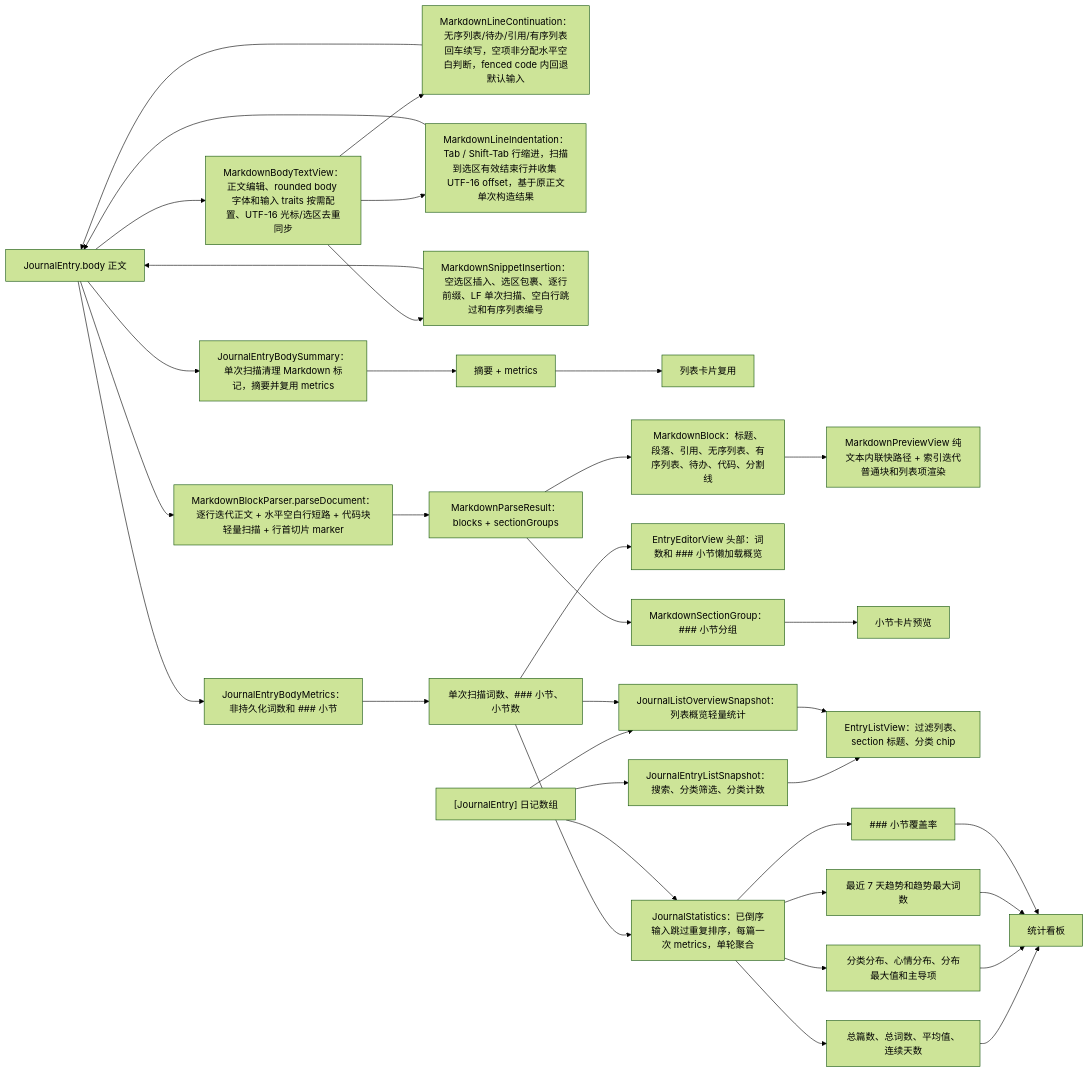
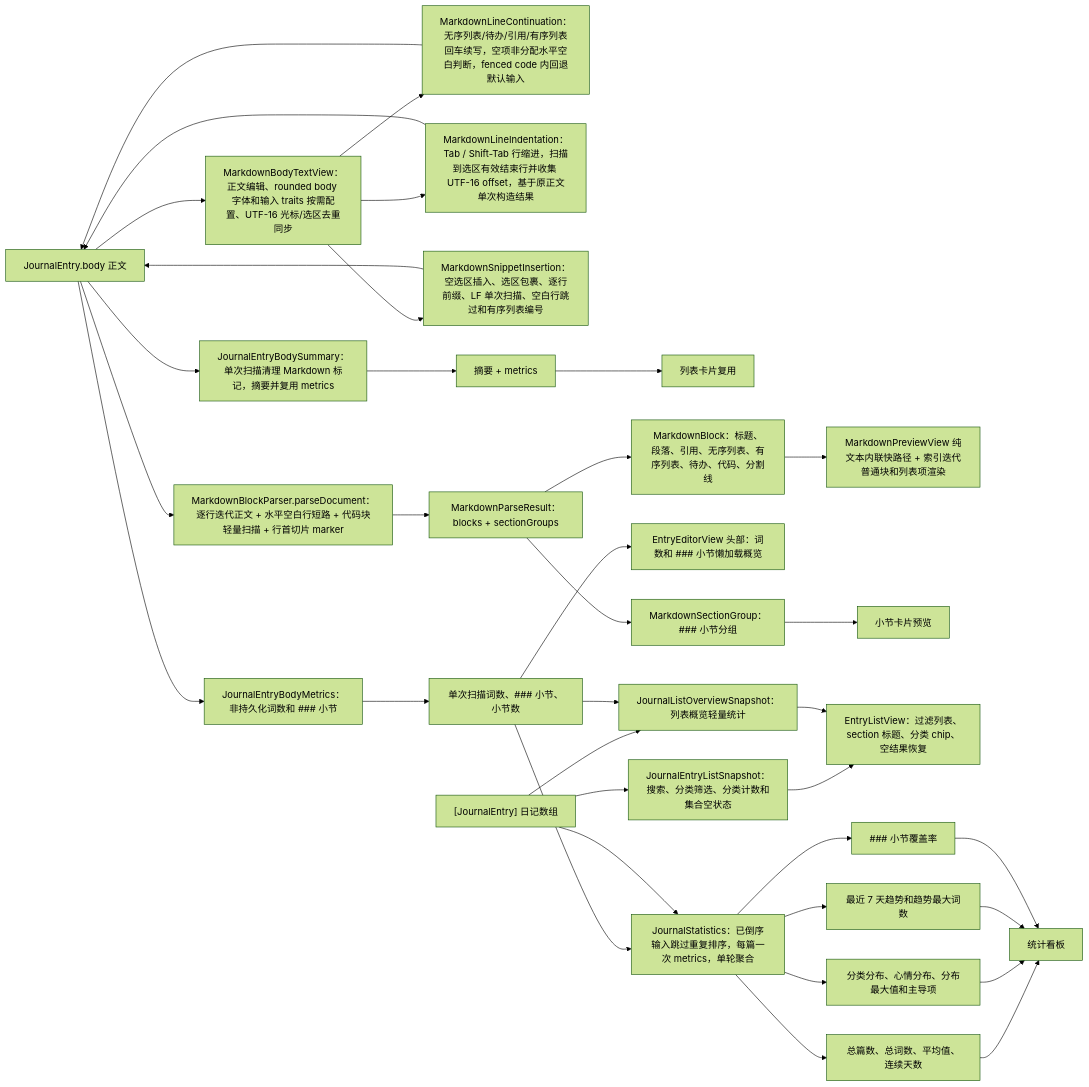
The fourth of 6 diagrams in md/flow/flowchart.md (Altman-sam114/117), drawn with Mermaid (forest theme) before and after one commit. The commit also changed other lines of this file and 9 other files, not shown here.

````diff
--- a/md/flow/flowchart.md
+++ b/md/flow/flowchart.md
@@ -123,37 +123,37 @@
 ```mermaid
 flowchart LR
   Body["JournalEntry.body 正文"] --> MetricsNode2["JournalEntryBodyMetrics：非持久化词数和 ### 小节"]
   Body --> Summary["JournalEntryBodySummary：单次扫描清理 Markdown 标记，摘要并复用 metrics"]
   Body --> BodyText["MarkdownBodyTextView：正文编辑、rounded body 字体和输入 traits 按需配置、UTF-16 光标/选区去重同步"]
   BodyText --> ContinueRule["MarkdownLineContinuation：无序列表/待办/引用/有序列表回车续写，空项非分配水平空白判断，fenced code 内回退默认输入"]
   ContinueRule --> Body
   BodyText --> IndentRule["MarkdownLineIndentation：Tab / Shift-Tab 行缩进，扫描到选区有效结束行并收集 UTF-16 offset，基于原正文单次构造结果"]
   IndentRule --> Body
   BodyText --> InsertRule["MarkdownSnippetInsertion：空选区插入、选区包裹、逐行前缀、LF 单次扫描、空白行跳过和有序列表编号"]
   InsertRule --> Body
   MetricsNode2 --> MetricsData["单次扫描词数、### 小节、小节数"]
   Summary --> Excerpt["摘要 + metrics"]
   Excerpt --> RowEditor["列表卡片复用"]
   MetricsData --> Statistics["JournalStatistics：已倒序输入跳过重复排序，每篇一次 metrics，单轮聚合"]
   MetricsData --> EditorHeader["EntryEditorView 头部：词数和 ### 小节懒加载概览"]
   Body --> Parse["MarkdownBlockParser.parseDocument：逐行迭代正文 + 水平空白行短路 + 代码块轻量扫描 + 行首切片 marker"]
   Parse --> Result["MarkdownParseResult：blocks + sectionGroups"]
   Result --> Blocks["MarkdownBlock：标题、段落、引用、无序列表、有序列表、待办、代码、分割线"]
   Blocks --> Preview["MarkdownPreviewView 纯文本内联快路径 + 索引迭代普通块和列表项渲染"]
   Result --> Sections["MarkdownSectionGroup：### 小节分组"]
   Sections --> SectionPreview["小节卡片预览"]
   Entries["[JournalEntry] 日记数组"] --> Statistics
-  Entries --> ListSnapshot2["JournalEntryListSnapshot：搜索、分类筛选、分类计数"]
-  ListSnapshot2 --> ListView["EntryListView：过滤列表、section 标题、分类 chip"]
+  Entries --> ListSnapshot2["JournalEntryListSnapshot：搜索、分类筛选、分类计数和集合空状态"]
+  ListSnapshot2 --> ListView["EntryListView：过滤列表、section 标题、分类 chip、空结果恢复"]
   Entries --> ListOverview2["JournalListOverviewSnapshot：列表概览轻量统计"]
   MetricsData --> ListOverview2
   ListOverview2 --> ListView
   Statistics --> Metrics["总篇数、总词数、平均值、连续天数"]
   Statistics --> Distributions["分类分布、心情分布、分布最大值和主导项"]
   Statistics --> Trend["最近 7 天趋势和趋势最大词数"]
   Statistics --> Coverage["### 小节覆盖率"]
   Metrics --> Dashboard["统计看板"]
   Distributions --> Dashboard
   Trend --> Dashboard
   Coverage --> Dashboard
 ```
````
